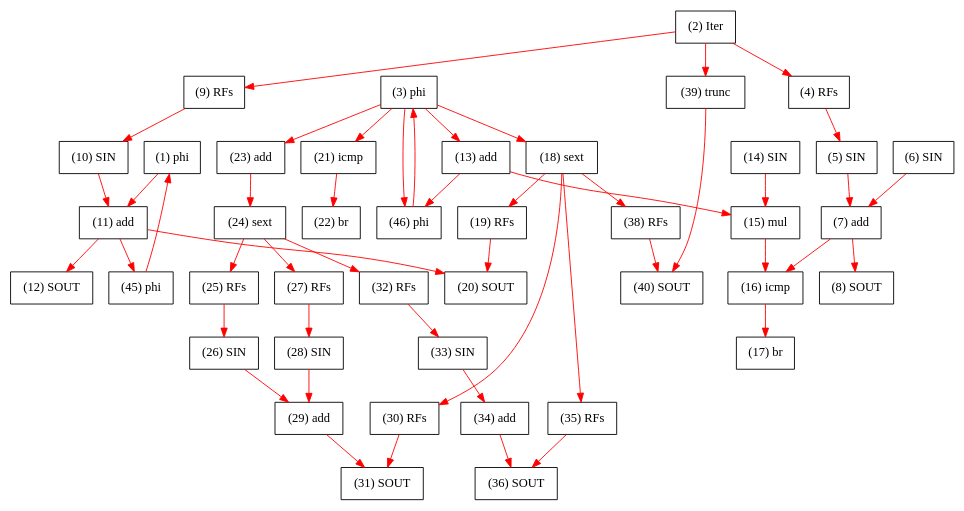
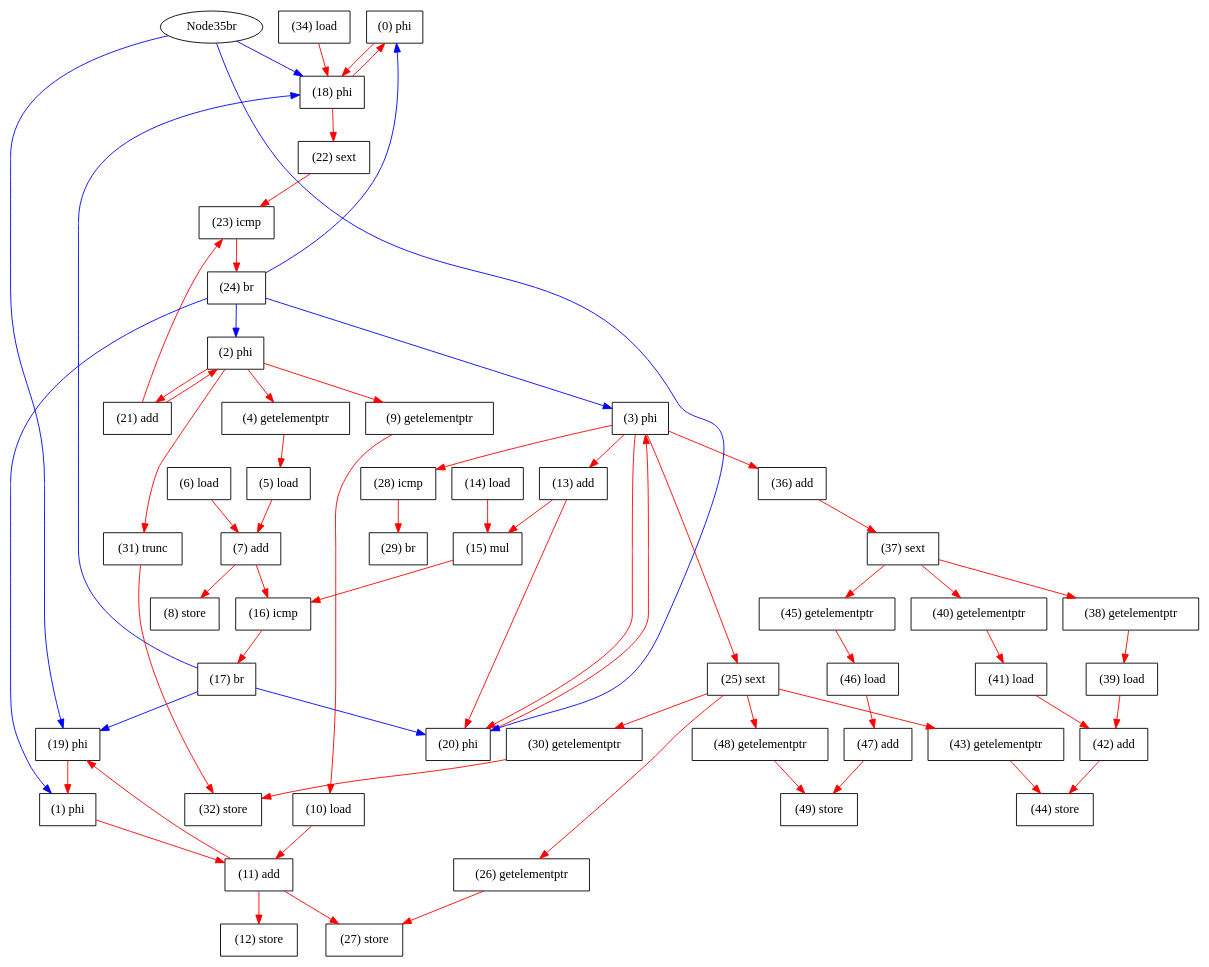
The diagram in benchmark/is/for/kernel.dot (tancheng/g-fpin), drawn with Graphviz before and after one commit. The commit also changed 34 other files, not shown here.

```diff
--- a/benchmark/is/for/kernel.dot
+++ b/benchmark/is/for/kernel.dot
@@ -1,92 +1,119 @@
 digraph "DFG for'kernel' function" {
+	Node0phi[shape=record, label="(0) phi"];
 	Node1phi[shape=record, label="(1) phi"];
-	Node2Iter[shape=record, label="(2) Iter"];
+	Node2phi[shape=record, label="(2) phi"];
 	Node3phi[shape=record, label="(3) phi"];
-	Node4RFs[shape=record, label="(4) RFs"];
-	Node5SIN[shape=record, label="(5) SIN"];
-	Node6SIN[shape=record, label="(6) SIN"];
+	Node4getelementptr[shape=record, label="(4) getelementptr"];
+	Node5load[shape=record, label="(5) load"];
+	Node6load[shape=record, label="(6) load"];
 	Node7add[shape=record, label="(7) add"];
-	Node8SOUT[shape=record, label="(8) SOUT"];
-	Node9RFs[shape=record, label="(9) RFs"];
-	Node10SIN[shape=record, label="(10) SIN"];
+	Node8store[shape=record, label="(8) store"];
+	Node9getelementptr[shape=record, label="(9) getelementptr"];
+	Node10load[shape=record, label="(10) load"];
 	Node11add[shape=record, label="(11) add"];
-	Node12SOUT[shape=record, label="(12) SOUT"];
+	Node12store[shape=record, label="(12) store"];
 	Node13add[shape=record, label="(13) add"];
-	Node14SIN[shape=record, label="(14) SIN"];
+	Node14load[shape=record, label="(14) load"];
 	Node15mul[shape=record, label="(15) mul"];
 	Node16icmp[shape=record, label="(16) icmp"];
 	Node17br[shape=record, label="(17) br"];
-	Node18sext[shape=record, label="(18) sext"];
-	Node19RFs[shape=record, label="(19) RFs"];
-	Node20SOUT[shape=record, label="(20) SOUT"];
-	Node21icmp[shape=record, label="(21) icmp"];
-	Node22br[shape=record, label="(22) br"];
-	Node23add[shape=record, label="(23) add"];
-	Node24sext[shape=record, label="(24) sext"];
-	Node25RFs[shape=record, label="(25) RFs"];
-	Node26SIN[shape=record, label="(26) SIN"];
-	Node27RFs[shape=record, label="(27) RFs"];
-	Node28SIN[shape=record, label="(28) SIN"];
-	Node29add[shape=record, label="(29) add"];
-	Node30RFs[shape=record, label="(30) RFs"];
-	Node31SOUT[shape=record, label="(31) SOUT"];
-	Node32RFs[shape=record, label="(32) RFs"];
-	Node33SIN[shape=record, label="(33) SIN"];
-	Node34add[shape=record, label="(34) add"];
-	Node35RFs[shape=record, label="(35) RFs"];
-	Node36SOUT[shape=record, label="(36) SOUT"];
-	Node38RFs[shape=record, label="(38) RFs"];
-	Node39trunc[shape=record, label="(39) trunc"];
-	Node40SOUT[shape=record, label="(40) SOUT"];
-	Node45phi[shape=record, label="(45) phi"];
-	Node46phi[shape=record, label="(46) phi"];
+	Node18phi[shape=record, label="(18) phi"];
+	Node19phi[shape=record, label="(19) phi"];
+	Node20phi[shape=record, label="(20) phi"];
+	Node21add[shape=record, label="(21) add"];
+	Node22sext[shape=record, label="(22) sext"];
+	Node23icmp[shape=record, label="(23) icmp"];
+	Node24br[shape=record, label="(24) br"];
+	Node25sext[shape=record, label="(25) sext"];
+	Node26getelementptr[shape=record, label="(26) getelementptr"];
+	Node27store[shape=record, label="(27) store"];
+	Node28icmp[shape=record, label="(28) icmp"];
+	Node29br[shape=record, label="(29) br"];
+	Node30getelementptr[shape=record, label="(30) getelementptr"];
+	Node31trunc[shape=record, label="(31) trunc"];
+	Node32store[shape=record, label="(32) store"];
+	Node34load[shape=record, label="(34) load"];
+	Node36add[shape=record, label="(36) add"];
+	Node37sext[shape=record, label="(37) sext"];
+	Node38getelementptr[shape=record, label="(38) getelementptr"];
+	Node39load[shape=record, label="(39) load"];
+	Node40getelementptr[shape=record, label="(40) getelementptr"];
+	Node41load[shape=record, label="(41) load"];
+	Node42add[shape=record, label="(42) add"];
+	Node43getelementptr[shape=record, label="(43) getelementptr"];
+	Node44store[shape=record, label="(44) store"];
+	Node45getelementptr[shape=record, label="(45) getelementptr"];
+	Node46load[shape=record, label="(46) load"];
+	Node47add[shape=record, label="(47) add"];
+	Node48getelementptr[shape=record, label="(48) getelementptr"];
+	Node49store[shape=record, label="(49) store"];
+edge [color=blue]
+	Node17br -> Node18phi
+	Node17br -> Node19phi
+	Node17br -> Node20phi
+	Node35br -> Node18phi
+	Node35br -> Node19phi
+	Node35br -> Node20phi
+	Node24br -> Node0phi
+	Node24br -> Node1phi
+	Node24br -> Node2phi
+	Node24br -> Node3phi
 edge [color=red]
-	Node45phi -> Node1phi
-	Node46phi -> Node3phi
-	Node2Iter -> Node4RFs
-	Node4RFs -> Node5SIN
-	Node6SIN -> Node7add
-	Node5SIN -> Node7add
-	Node7add -> Node8SOUT
-	Node2Iter -> Node9RFs
-	Node9RFs -> Node10SIN
+	Node18phi -> Node0phi
+	Node19phi -> Node1phi
+	Node21add -> Node2phi
+	Node20phi -> Node3phi
+	Node2phi -> Node4getelementptr
+	Node4getelementptr -> Node5load
+	Node6load -> Node7add
+	Node5load -> Node7add
+	Node7add -> Node8store
+	Node2phi -> Node9getelementptr
+	Node9getelementptr -> Node10load
 	Node1phi -> Node11add
-	Node10SIN -> Node11add
-	Node11add -> Node12SOUT
+	Node10load -> Node11add
+	Node11add -> Node12store
 	Node3phi -> Node13add
-	Node14SIN -> Node15mul
+	Node14load -> Node15mul
 	Node13add -> Node15mul
 	Node7add -> Node16icmp
 	Node15mul -> Node16icmp
 	Node16icmp -> Node17br
-	Node3phi -> Node18sext
-	Node18sext -> Node19RFs
-	Node11add -> Node20SOUT
-	Node19RFs -> Node20SOUT
-	Node3phi -> Node21icmp
-	Node21icmp -> Node22br
-	Node3phi -> Node23add
-	Node23add -> Node24sext
-	Node24sext -> Node25RFs
-	Node25RFs -> Node26SIN
-	Node24sext -> Node27RFs
-	Node27RFs -> Node28SIN
-	Node28SIN -> Node29add
-	Node26SIN -> Node29add
-	Node18sext -> Node30RFs
-	Node29add -> Node31SOUT
-	Node30RFs -> Node31SOUT
-	Node24sext -> Node32RFs
-	Node32RFs -> Node33SIN
-	Node33SIN -> Node34add
-	Node18sext -> Node35RFs
-	Node34add -> Node36SOUT
-	Node35RFs -> Node36SOUT
-	Node18sext -> Node38RFs
-	Node2Iter -> Node39trunc
-	Node39trunc -> Node40SOUT
-	Node38RFs -> Node40SOUT
-	Node11add -> Node45phi
-	Node13add -> Node46phi
-	Node3phi -> Node46phi
+	Node34load -> Node18phi
+	Node0phi -> Node18phi
+	Node11add -> Node19phi
+	Node13add -> Node20phi
+	Node3phi -> Node20phi
+	Node2phi -> Node21add
+	Node18phi -> Node22sext
+	Node21add -> Node23icmp
+	Node22sext -> Node23icmp
+	Node23icmp -> Node24br
+	Node3phi -> Node25sext
+	Node25sext -> Node26getelementptr
+	Node11add -> Node27store
+	Node26getelementptr -> Node27store
+	Node3phi -> Node28icmp
+	Node28icmp -> Node29br
+	Node25sext -> Node30getelementptr
+	Node2phi -> Node31trunc
+	Node31trunc -> Node32store
+	Node30getelementptr -> Node32store
+	Node3phi -> Node36add
+	Node36add -> Node37sext
+	Node37sext -> Node38getelementptr
+	Node38getelementptr -> Node39load
+	Node37sext -> Node40getelementptr
+	Node40getelementptr -> Node41load
+	Node41load -> Node42add
+	Node39load -> Node42add
+	Node25sext -> Node43getelementptr
+	Node42add -> Node44store
+	Node43getelementptr -> Node44store
+	Node37sext -> Node45getelementptr
+	Node45getelementptr -> Node46load
+	Node46load -> Node47add
+	Node25sext -> Node48getelementptr
+	Node47add -> Node49store
+	Node48getelementptr -> Node49store
 }
```
